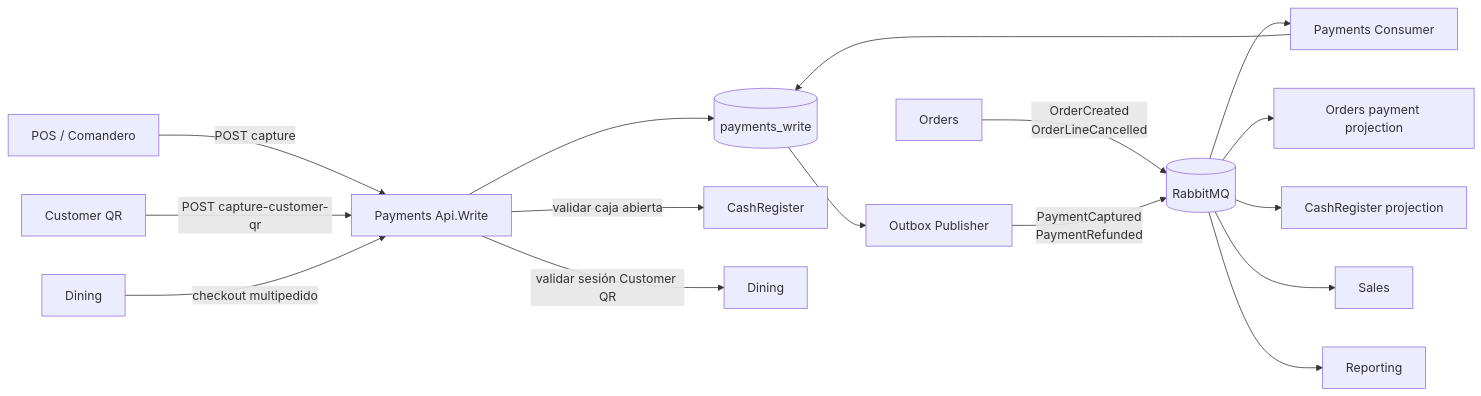
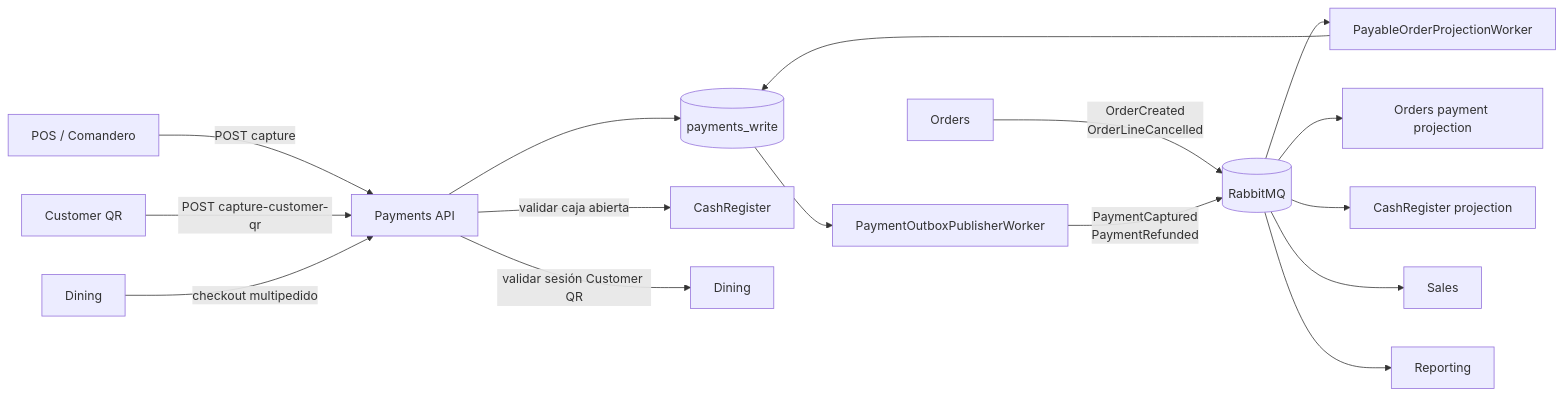
One commit to sergioocode/Restaurantes changed the first of 9 diagrams in docs/Payments.README.md. Above: the diagram before and after it, drawn with Mermaid. The commit also changed other lines of this file and 11 other files, not shown here.

````diff
--- a/docs/Payments.README.md
+++ b/docs/Payments.README.md
@@ -65,22 +51,22 @@
 ```mermaid
 flowchart LR
-    POS[POS / Comandero] -->|POST capture| API[Payments Api.Write]
+    POS[POS / Comandero] -->|POST capture| API[Payments API]
     QR[Customer QR] -->|POST capture-customer-qr| API
     Dining[Dining] -->|checkout multipedido| API
 
     Orders[Orders] -->|OrderCreated<br/>OrderLineCancelled| RMQ[(RabbitMQ)]
-    RMQ --> Consumer[Payments Consumer]
+    RMQ --> Consumer[PayableOrderProjectionWorker]
     Consumer --> DB[(payments_write)]
 
     API --> DB
     API -->|validar caja abierta| CashRegister[CashRegister]
     API -->|validar sesión Customer QR| DiningApi[Dining]
 
-    DB --> Outbox[Outbox Publisher]
+    DB --> Outbox[PaymentOutboxPublisherWorker]
     Outbox -->|PaymentCaptured<br/>PaymentRefunded| RMQ
 
     RMQ --> OrdersProjection[Orders payment projection]
     RMQ --> CashProjection[CashRegister projection]
     RMQ --> Sales[Sales]
     RMQ --> Reporting[Reporting]
 ```
````
